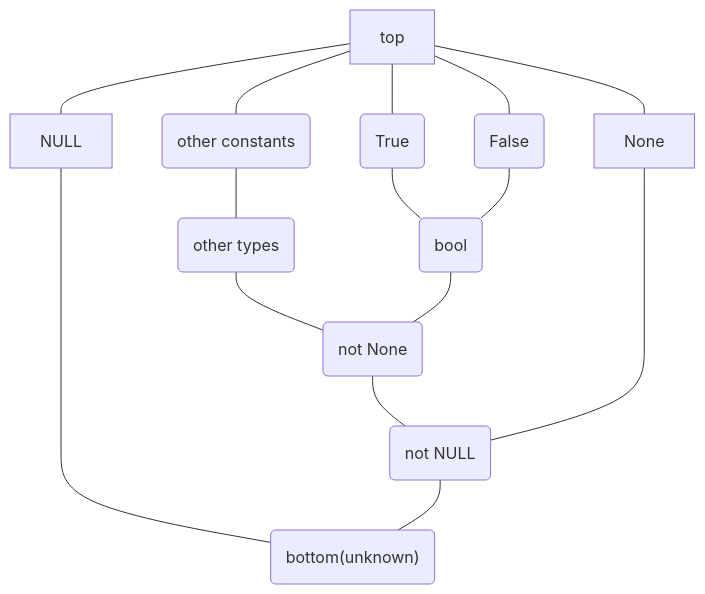
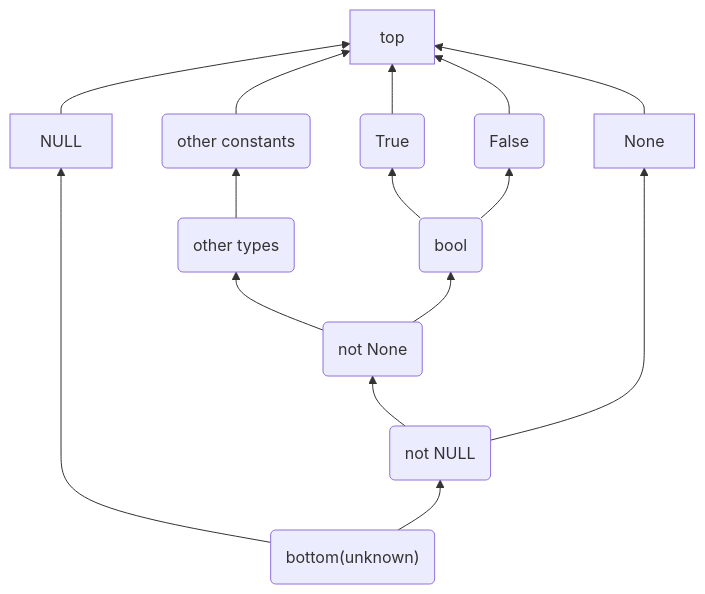
The second of 2 diagrams in 3.13/redundancy_eliminator.md (faster-cpython/ideas), drawn with Mermaid before and after one commit. The commit also changed other lines of this file, not shown here.

Commit message:
add more explanation for the lattice

````diff
--- a/3.13/redundancy_eliminator.md
+++ b/3.13/redundancy_eliminator.md
@@ -73,25 +73,25 @@
 ```mermaid
 graph BT;
-    true("True");
+    t("True");
     f("False");
     bl("bool");
     nnull(not NULL);
     nnone(not None);
-    t(other types);
-    c(other constants);
+    ot(other types);
+    oc(other constants);
     b("bottom(unknown)");
-    b---NULL;
-    b---nnull;
-    nnull---nnone;
-    nnull---None;
-    nnone---t;
-    nnone---bl;
-    t---c;
-    c---top;
-    None---top;
-    NULL---top;
-    bl---true;
-    bl---f;
-    true---top;
-    f---top;
+    b-->NULL;
+    b-->nnull;
+    nnull-->nnone;
+    nnull-->None;
+    nnone-->ot;
+    nnone-->bl;
+    ot-->oc;
+    oc-->top;
+    None-->top;
+    NULL-->top;
+    bl-->t;
+    bl-->f;
+    t-->top;
+    f-->top;
 ```
````
